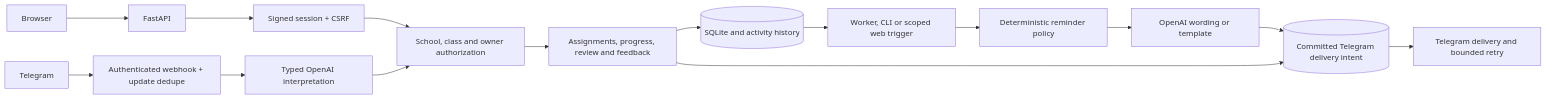
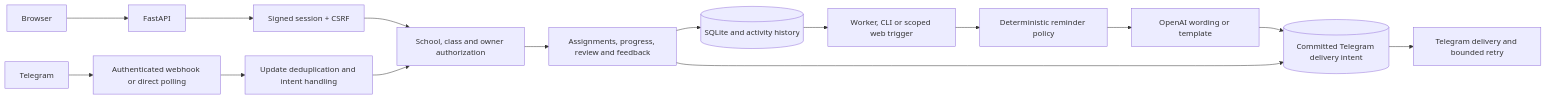
Before and after one commit to karthikLagudu/SIM_Class_Relay: the first of 3 diagrams in README.md, drawn with Mermaid. The commit also changed other lines of this file and 21 other files, not shown here.

````diff
--- a/README.md
+++ b/README.md
@@ -73,16 +70,16 @@
 ```mermaid
 flowchart LR
     Browser --> FastAPI --> Session[Signed session + CSRF]
-    Telegram --> Webhook[Authenticated webhook + update dedupe]
-    Webhook --> Intent[Typed OpenAI interpretation]
+    Telegram --> Updates[Authenticated webhook or direct polling]
+    Updates --> Intent[Update deduplication and intent handling]
     Session --> Scope[School, class and owner authorization]
     Intent --> Scope
     Scope --> Domain[Assignments, progress, review and feedback]
     Domain --> SQLite[(SQLite and activity history)]
     SQLite --> Worker[Worker, CLI or scoped web trigger]
     Worker --> Policy[Deterministic reminder policy]
     Policy --> Wording[OpenAI wording or template]
     Wording --> Outbox[(Committed Telegram delivery intent)]
     Domain --> Outbox
     Outbox --> Delivery[Telegram delivery and bounded retry]
 ```
````
